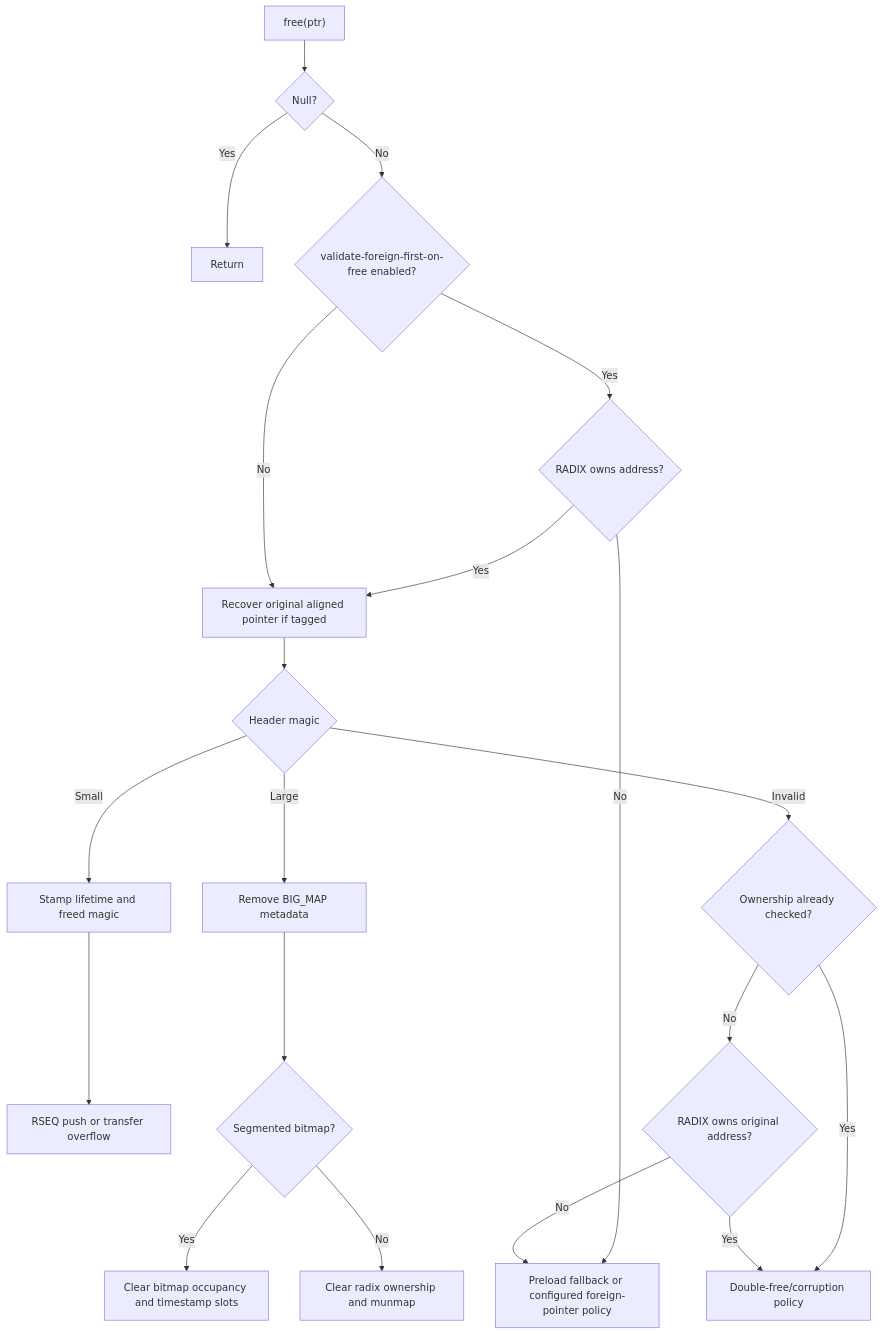
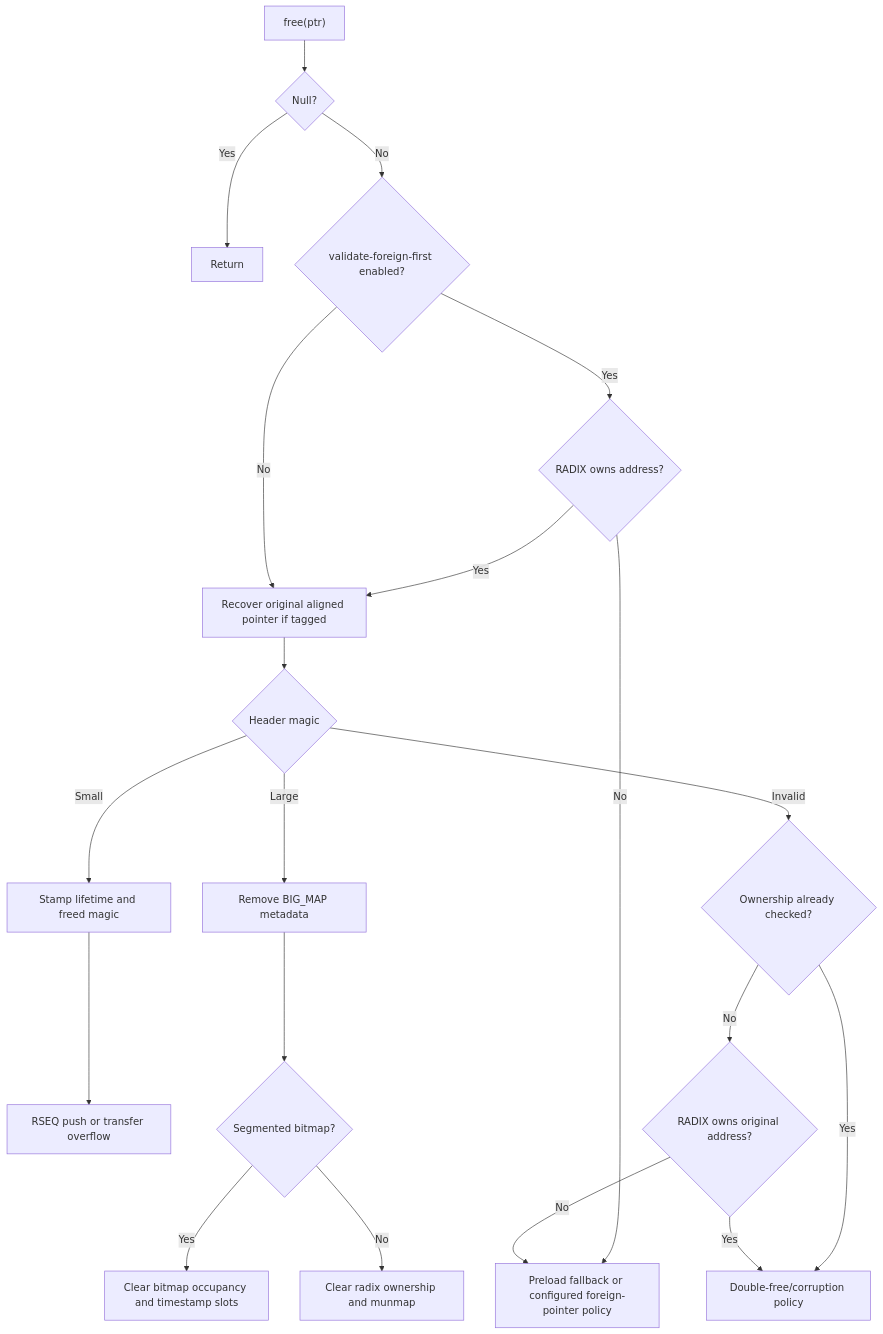
Before and after one commit to Metehan120/rsmalloc: the third of 3 diagrams in ARCHITECTURE.md, drawn with Mermaid. The commit also changed other lines of this file and 10 other files, not shown here.

````diff
--- a/ARCHITECTURE.md
+++ b/ARCHITECTURE.md
@@ -375,22 +375,22 @@
 ```mermaid
 flowchart TD
     PTR["free(ptr)"] --> NULL{"Null?"}
     NULL -- Yes --> DONE[Return]
-    NULL -- No --> FIRST{"validate-foreign-first-on-free enabled?"}
+    NULL -- No --> FIRST{"validate-foreign-first enabled?"}
     FIRST -- Yes --> OWN{"RADIX owns address?"}
     OWN -- No --> FOREIGN["Preload fallback or configured foreign-pointer policy"]
     OWN -- Yes --> ALIGN["Recover original aligned pointer if tagged"]
     FIRST -- No --> ALIGN
     ALIGN --> MAGIC{"Header magic"}
     MAGIC -- Small --> AGE["Stamp lifetime and freed magic"]
     AGE --> PUSH["RSEQ push or transfer overflow"]
     MAGIC -- Large --> META["Remove BIG_MAP metadata"]
     META --> KIND{"Segmented bitmap?"}
     KIND -- Yes --> BFREE["Clear bitmap occupancy and timestamp slots"]
     KIND -- No --> UNMAP["Clear radix ownership and munmap"]
     MAGIC -- Invalid --> LATE{"Ownership already checked?"}
     LATE -- Yes --> ABORT["Double-free/corruption policy"]
     LATE -- No --> CHECK{"RADIX owns original address?"}
     CHECK -- Yes --> ABORT
     CHECK -- No --> FOREIGN
 ```
````
